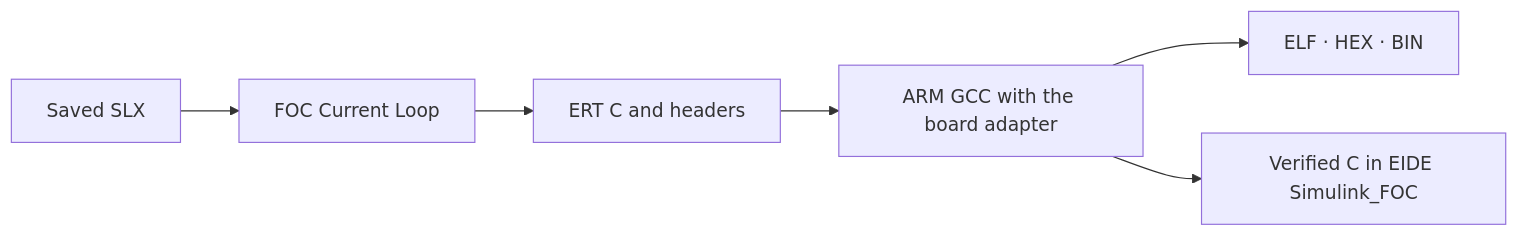
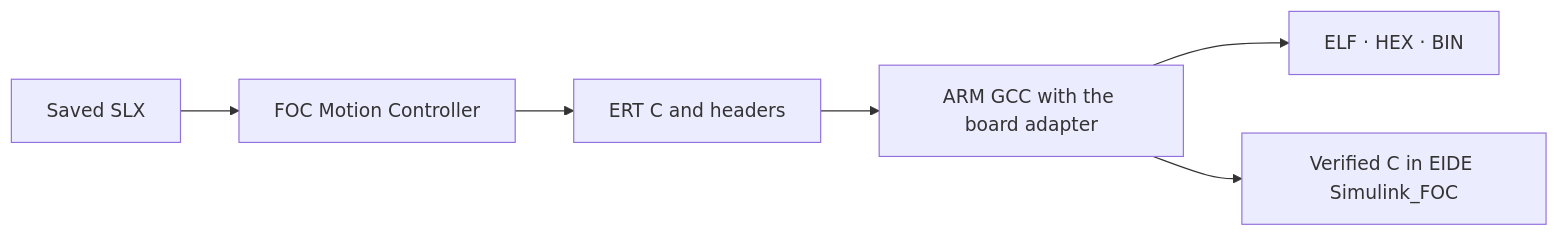
The diagram in README.md (a233a2/odrive36-simulink-foc), drawn with Mermaid before and after one commit. The commit also changed other lines of this file and 37 other files, not shown here.

````diff
--- a/README.md
+++ b/README.md
@@ -16,8 +16,8 @@
 ```mermaid
 flowchart LR
-    A["Saved SLX"] --> B["FOC Current Loop"]
+    A["Saved SLX"] --> B["FOC Motion Controller"]
     B --> C["ERT C and headers"]
     C --> D["ARM GCC with the board adapter"]
     D --> E["ELF · HEX · BIN"]
     D --> F["Verified C in EIDE Simulink_FOC"]
 ```
````
